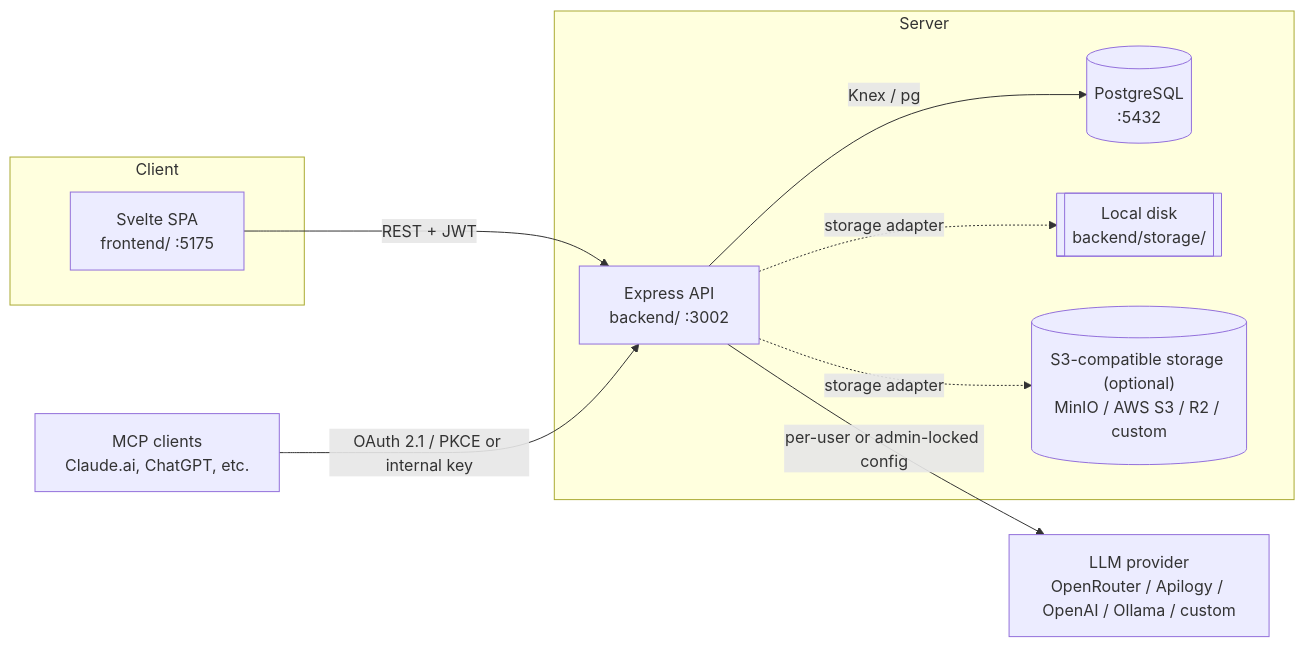
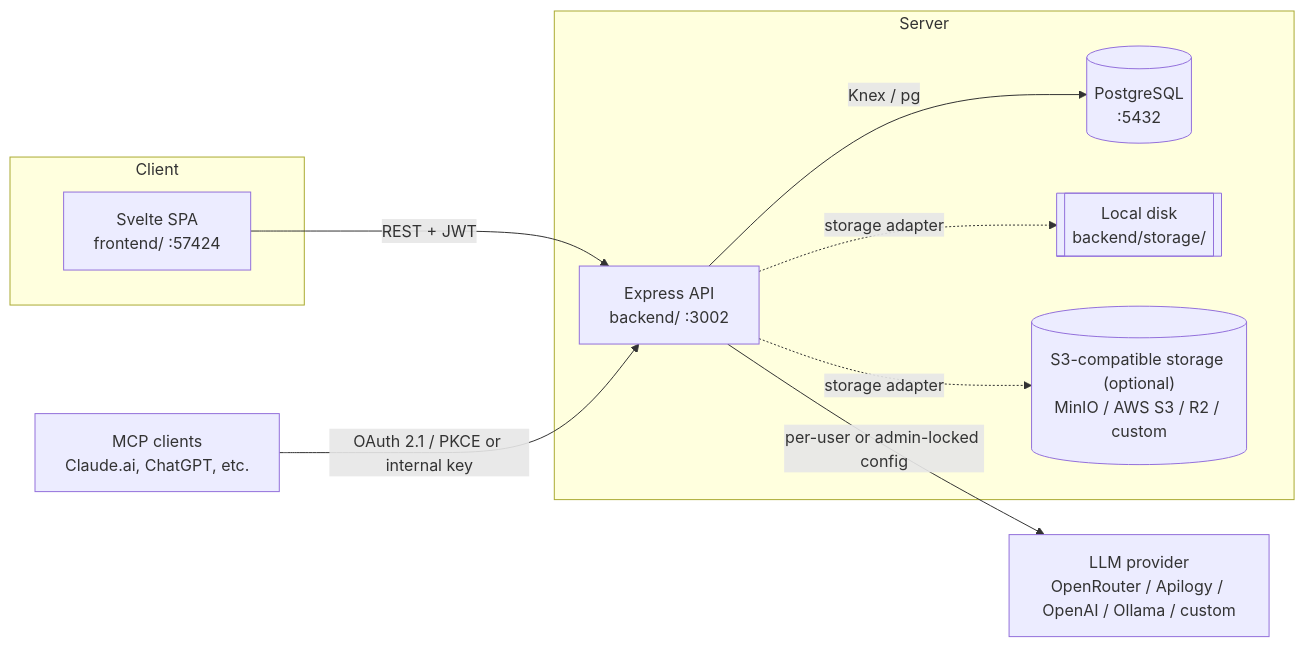
The diagram in README.md (yogiswara92/svaramind-self-hosted), drawn with Mermaid before and after one commit. The commit also changed other lines of this file and 7 other files, not shown here.

````diff
--- a/README.md
+++ b/README.md
@@ -45,21 +45,21 @@
 ```mermaid
 flowchart LR
     subgraph Client
-        FE["Svelte SPA<br/>frontend/ :5175"]
+        FE["Svelte SPA<br/>frontend/ :57424"]
     end
     subgraph Server
         BE["Express API<br/>backend/ :3002"]
         PG[("PostgreSQL<br/>:5432")]
         FS[["Local disk<br/>backend/storage/"]]
         S3[("S3-compatible storage (optional)<br/>MinIO / AWS S3 / R2 / custom")]
     end
     LLM["LLM provider<br/>OpenRouter / Apilogy / OpenAI / Ollama / custom"]
     MCP["MCP clients<br/>Claude.ai, ChatGPT, etc."]
 
     FE -- REST + JWT --> BE
     BE -- Knex / pg --> PG
     BE -. storage adapter .-> FS
     BE -. storage adapter .-> S3
     BE -- per-user or admin-locked config --> LLM
     MCP -- OAuth 2.1 / PKCE or internal key --> BE
 ```
````
